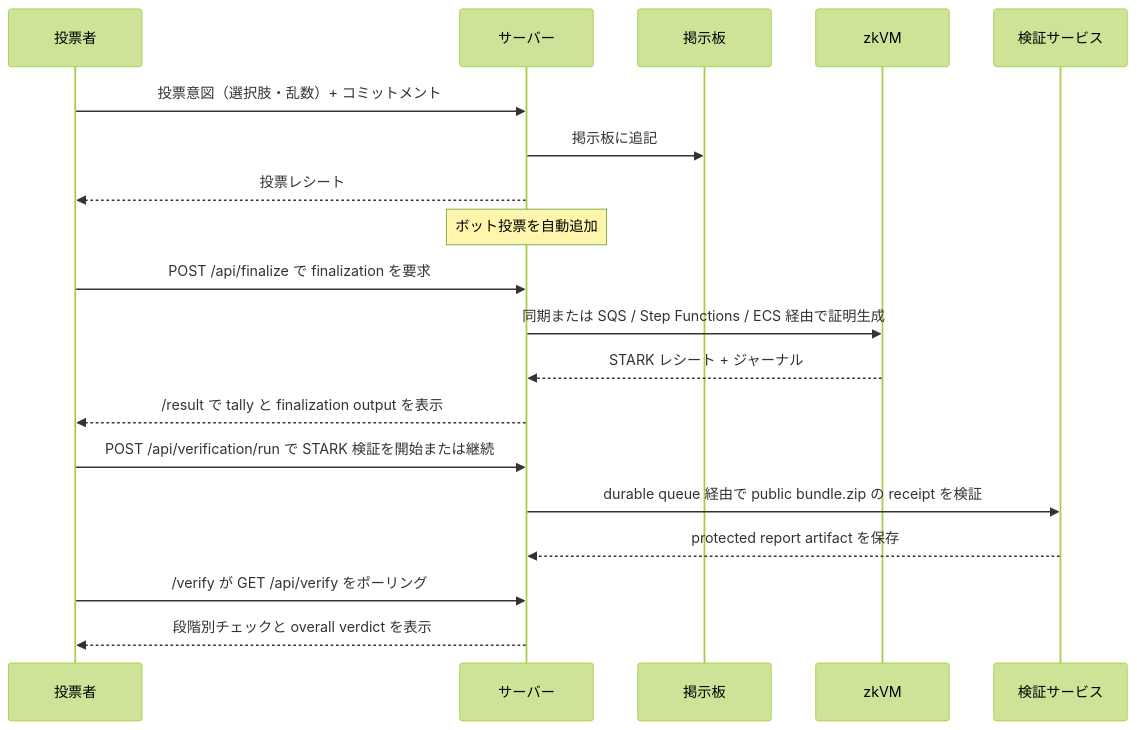
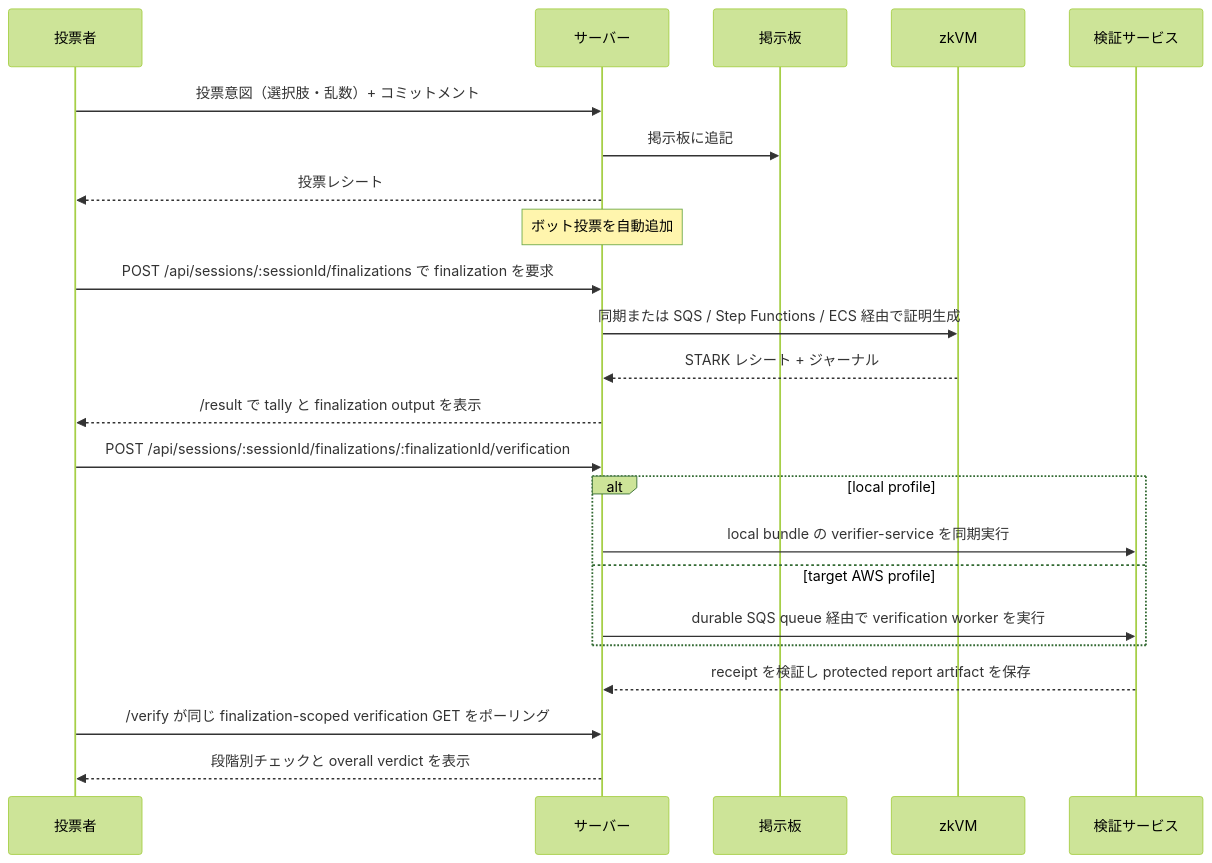
One commit to hwatanabe-jp/stark-ballot-simulator-public changed the second of 2 diagrams in public-book/src/overview.md. Above: the diagram before and after it, drawn with Mermaid (forest theme). The commit also changed other lines of this file and 1001 other files, not shown here.

````diff
--- a/public-book/src/overview.md
+++ b/public-book/src/overview.md
@@ -15,22 +15,26 @@
 ```mermaid
 sequenceDiagram
   participant V as 投票者
   participant S as サーバー
   participant B as 掲示板
   participant Z as zkVM
   participant VS as 検証サービス
 
   V->>S: 投票意図（選択肢・乱数）+ コミットメント
   S->>B: 掲示板に追記
   S-->>V: 投票レシート
   Note over S: ボット投票を自動追加
-  V->>S: POST /api/finalize で finalization を要求
+  V->>S: POST /api/sessions/:sessionId/finalizations で finalization を要求
   S->>Z: 同期または SQS / Step Functions / ECS 経由で証明生成
   Z-->>S: STARK レシート + ジャーナル
   S-->>V: /result で tally と finalization output を表示
-  V->>S: POST /api/verification/run で STARK 検証を開始または継続
-  S->>VS: durable queue 経由で public bundle.zip の receipt を検証
-  VS-->>S: protected report artifact を保存
-  V->>S: /verify が GET /api/verify をポーリング
+  V->>S: POST /api/sessions/:sessionId/finalizations/:finalizationId/verification
+  alt local profile
+    S->>VS: local bundle の verifier-service を同期実行
+  else target AWS profile
+    S->>VS: durable SQS queue 経由で verification worker を実行
+  end
+  VS-->>S: receipt を検証し protected report artifact を保存
+  V->>S: /verify が同じ finalization-scoped verification GET をポーリング
   S-->>V: 段階別チェックと overall verdict を表示
 ```
````
